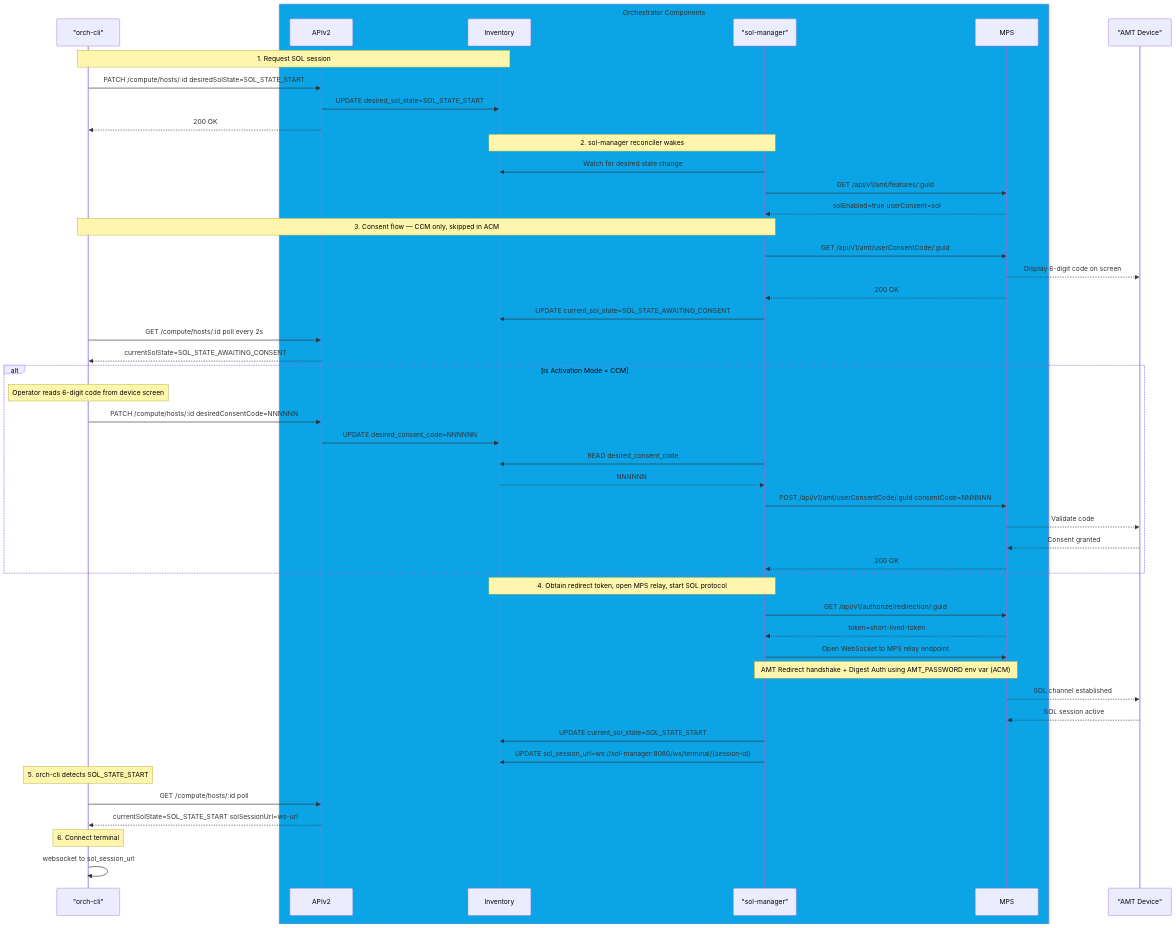
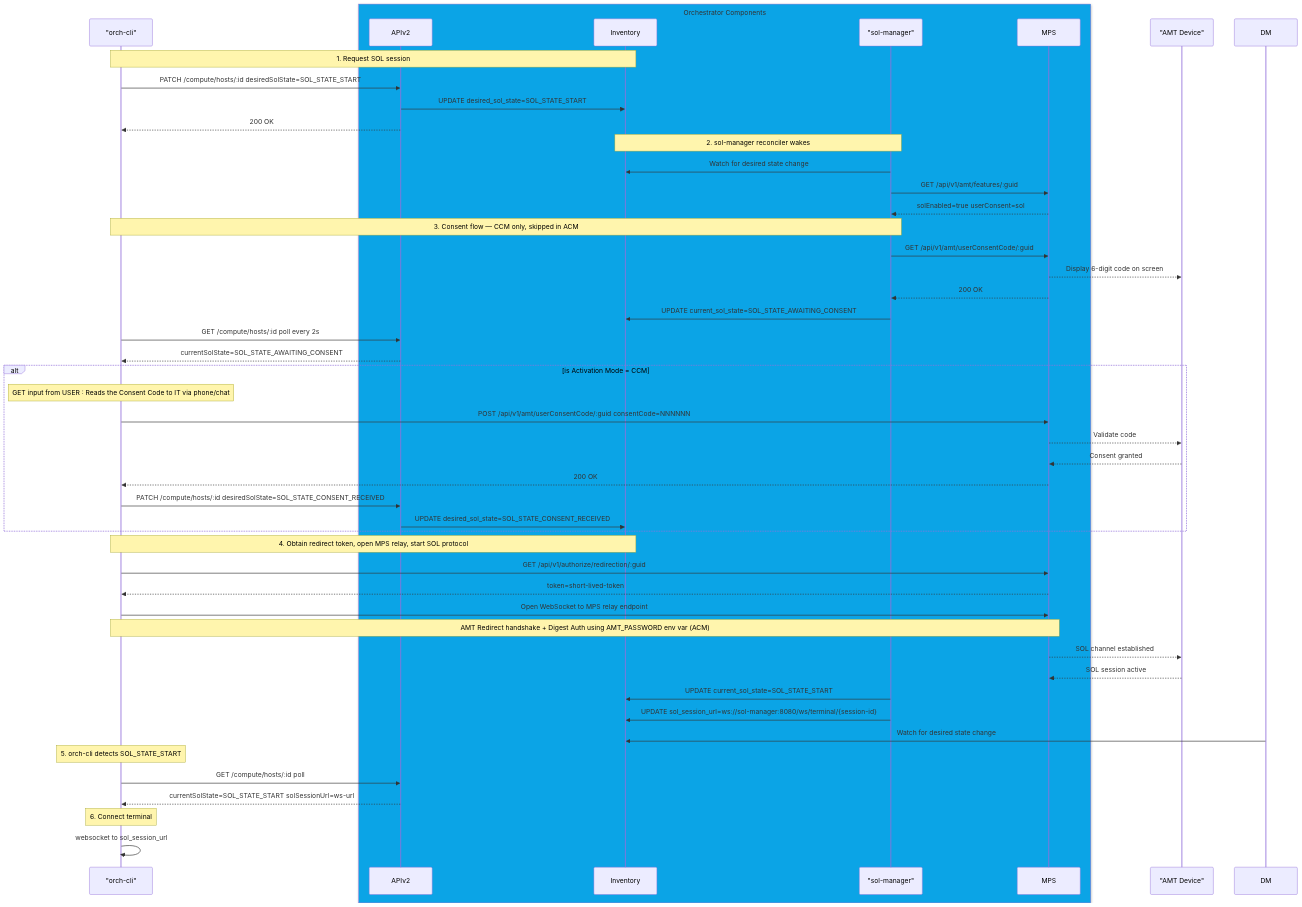
The second of 2 diagrams in design-proposals/vpro_sol_kvm.md (open-edge-platform/edge-manageability-framework), drawn with Mermaid before and after one commit.

````diff
--- a/design-proposals/vpro_sol_kvm.md
+++ b/design-proposals/vpro_sol_kvm.md
@@ -406,60 +406,58 @@
 ```mermaid
 sequenceDiagram
     participant CLI as "orch-cli"
 box rgba(11, 164, 230, 1) Orchestrator Components
     participant APIV2 as APIv2
     participant INV as Inventory
     participant SM as "sol-manager"
     participant MPS as MPS
 end
     participant AMT as "AMT Device"
 
     Note over CLI,INV: 1. Request SOL session
     CLI->>APIV2: PATCH /compute/hosts/:id desiredSolState=SOL_STATE_START
     APIV2->>INV: UPDATE desired_sol_state=SOL_STATE_START
     APIV2-->>CLI: 200 OK
 
     Note over SM,INV: 2. sol-manager reconciler wakes
     SM->>INV: Watch for desired state change
     SM->>MPS: GET /api/v1/amt/features/:guid
     MPS-->>SM: solEnabled=true userConsent=sol
 
     Note over SM,CLI: 3. Consent flow — CCM only, skipped in ACM
     SM->>MPS: GET /api/v1/amt/userConsentCode/:guid
     MPS-->>AMT: Display 6-digit code on screen
     MPS-->>SM: 200 OK
     SM->>INV: UPDATE current_sol_state=SOL_STATE_AWAITING_CONSENT
 
     CLI->>APIV2: GET /compute/hosts/:id poll every 2s
     APIV2-->>CLI: currentSolState=SOL_STATE_AWAITING_CONSENT
 
     alt is Activation Mode = CCM
-    Note over CLI: Operator reads 6-digit code from device screen
-    CLI->>APIV2: PATCH /compute/hosts/:id desiredConsentCode=NNNNNN
-    APIV2->>INV: UPDATE desired_consent_code=NNNNNN
-
-    SM->>INV: READ desired_consent_code
-    INV-->>SM: NNNNNN
-    SM->>MPS: POST /api/v1/amt/userConsentCode/:guid consentCode=NNNNNN
+    Note over CLI: GET input from USER : Reads the Consent Code to IT via phone/chat
+    CLI->>MPS: POST /api/v1/amt/userConsentCode/:guid consentCode=NNNNNN
     MPS-->>AMT: Validate code
     AMT-->>MPS: Consent granted
-    MPS-->>SM: 200 OK
+    MPS-->>CLI: 200 OK
+    CLI->>APIV2: PATCH /compute/hosts/:id desiredSolState=SOL_STATE_CONSENT_RECEIVED
+    APIV2->>INV: UPDATE desired_sol_state=SOL_STATE_CONSENT_RECEIVED
     end
 
-    Note over SM,INV: 4. Obtain redirect token, open MPS relay, start SOL protocol
-    SM->>MPS: GET /api/v1/authorize/redirection/:guid
-    MPS-->>SM: token=short-lived-token
-    SM->>MPS: Open WebSocket to MPS relay endpoint
-    Note over SM,MPS: AMT Redirect handshake + Digest Auth using AMT_PASSWORD env var (ACM)
+    Note over CLI,INV: 4. Obtain redirect token, open MPS relay, start SOL protocol
+    CLI->>MPS: GET /api/v1/authorize/redirection/:guid
+    MPS-->>CLI: token=short-lived-token
+    CLI->>MPS: Open WebSocket to MPS relay endpoint
+    Note over CLI,MPS: AMT Redirect handshake + Digest Auth using AMT_PASSWORD env var (ACM)
     MPS-->>AMT: SOL channel established
     AMT-->>MPS: SOL session active
     SM->>INV: UPDATE current_sol_state=SOL_STATE_START
     SM->>INV: UPDATE sol_session_url=ws://sol-manager:8080/ws/terminal/{session-id}
+    DM->>INV: Watch for desired state change
 
     Note over CLI: 5. orch-cli detects SOL_STATE_START 
     CLI->>APIV2: GET /compute/hosts/:id poll
     APIV2-->>CLI: currentSolState=SOL_STATE_START solSessionUrl=ws-url
 
     Note over CLI: 6. Connect terminal 
     CLI->>CLI: websocket to sol_session_url
 ```
````
